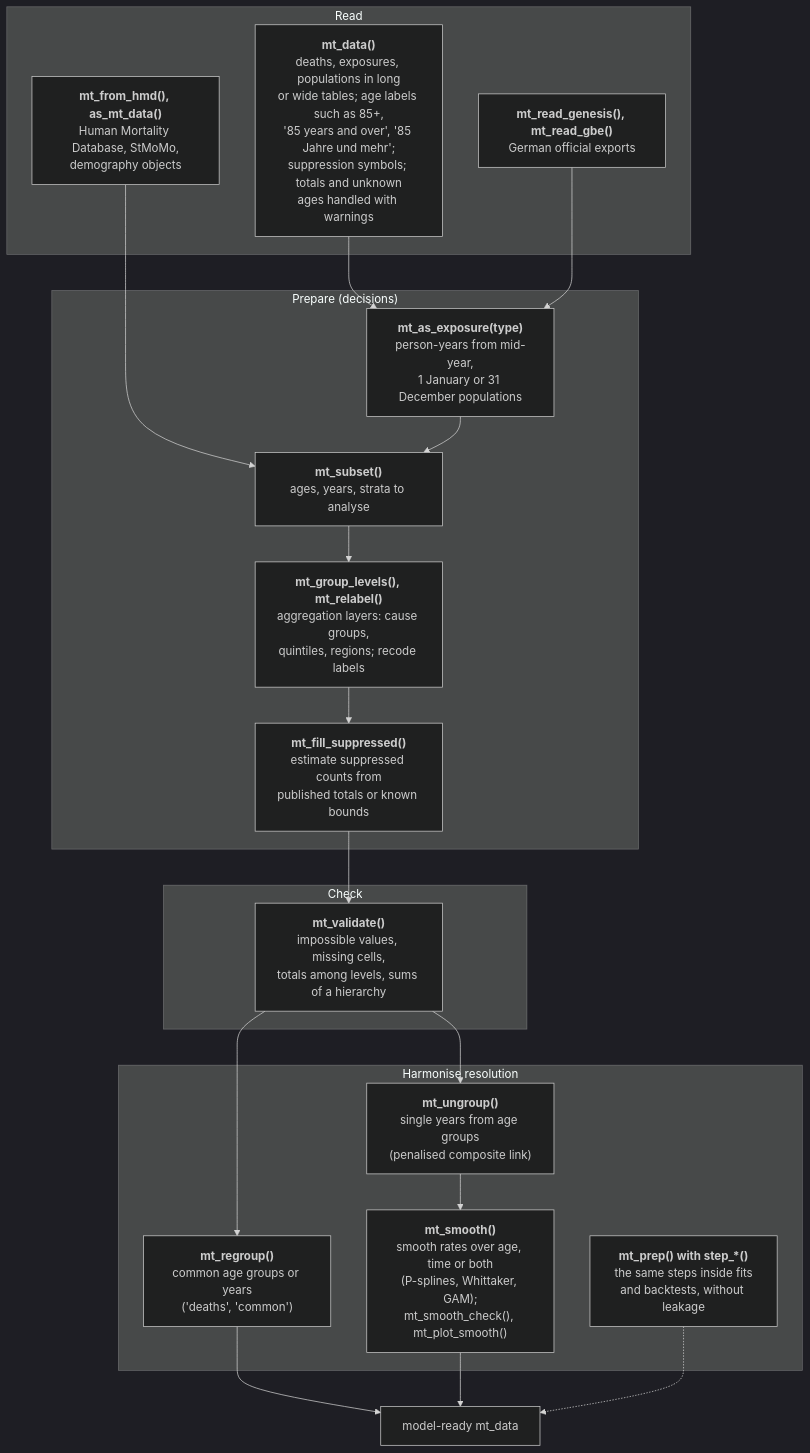
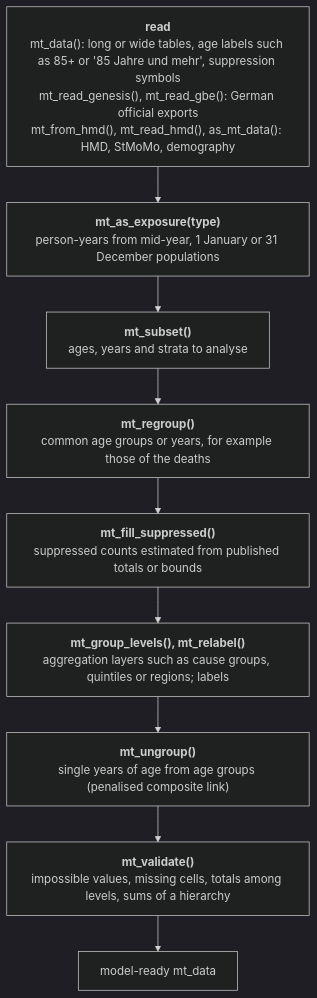
One commit to kalleEF/mortensor changed the second of 5 diagrams in vignettes/articles/function-map.Rmd. Above: the diagram before and after it, drawn with Mermaid (dark theme). The commit also changed other lines of this file and 4 other files, not shown here.

First line of the commit message:
Function map: readable diagrams on the website

````diff
--- a/vignettes/articles/function-map.Rmd
+++ b/vignettes/articles/function-map.Rmd
@@ -47,59 +48,24 @@
 ```mermaid
+%%{init: {"flowchart": {"wrappingWidth": 360}}}%%
 flowchart TD
-  subgraph READ["Read"]
-    A1["`**mt_data()**
-    deaths, exposures, populations in long
-    or wide tables; age labels such as 85+,
-    '85 years and over', '85 Jahre und mehr';
-    suppression symbols; totals and unknown
-    ages handled with warnings`"]
-    A2["`**mt_read_genesis(), mt_read_gbe()**
-    German official exports`"]
-    A3["`**mt_from_hmd(), as_mt_data()**
-    Human Mortality Database, StMoMo,
-    demography objects`"]
-  end
-  subgraph PREP["Prepare (decisions)"]
-    B1["`**mt_as_exposure(type)**
-    person-years from mid-year,
-    1 January or 31 December populations`"]
-    B2["`**mt_subset()**
-    ages, years, strata to analyse`"]
-    B3["`**mt_group_levels(), mt_relabel()**
-    aggregation layers: cause groups,
-    quintiles, regions; recode labels`"]
-    B4["`**mt_fill_suppressed()**
-    estimate suppressed counts from
-    published totals or known bounds`"]
-  end
-  subgraph CHECK["Check"]
-    C1["`**mt_validate()**
-    impossible values, missing cells,
-    totals among levels, sums of a hierarchy`"]
-  end
-  subgraph HARM["Harmonise resolution"]
-    H1["`**mt_regroup()**
-    common age groups or years
-    ('deaths', 'common')`"]
-    H2["`**mt_ungroup()**
-    single years from age groups
-    (penalised composite link)`"]
-    H3["`**mt_smooth()**
-    smooth rates over age, time or both
-    (P-splines, Whittaker, GAM);
-    mt_smooth_check(), mt_plot_smooth()`"]
-    H4["`**mt_prep() with step_*()**
-    the same steps inside fits
-    and backtests, without leakage`"]
-  end
-  A1 --> B1
-  A2 --> B1
-  A3 --> B2
-  B1 --> B2 --> B3 --> B4 --> C1
-  C1 --> H1
-  C1 --> H2
-  H2 --> H3
-  H1 --> M["model-ready mt_data"]
-  H3 --> M
-  H4 -.-> M
+  A["`**read**
+  mt_data(): long or wide tables, age labels such as 85+ or '85 Jahre und mehr', suppression symbols
+  mt_read_genesis(), mt_read_gbe(): German official exports
+  mt_from_hmd(), mt_read_hmd(), as_mt_data(): HMD, StMoMo, demography`"]
+  E["`**mt_as_exposure(type)**
+  person-years from mid-year, 1 January or 31 December populations`"]
+  S["`**mt_subset()**
+  ages, years and strata to analyse`"]
+  G["`**mt_regroup()**
+  common age groups or years, for example those of the deaths`"]
+  F["`**mt_fill_suppressed()**
+  suppressed counts estimated from published totals or bounds`"]
+  L["`**mt_group_levels(), mt_relabel()**
+  aggregation layers such as cause groups, quintiles or regions; labels`"]
+  U["`**mt_ungroup()**
+  single years of age from age groups (penalised composite link)`"]
+  V["`**mt_validate()**
+  impossible values, missing cells, totals among levels, sums of a hierarchy`"]
+  M["model-ready mt_data"]
+  A --> E --> S --> G --> F --> L --> U --> V --> M
 ```
````
